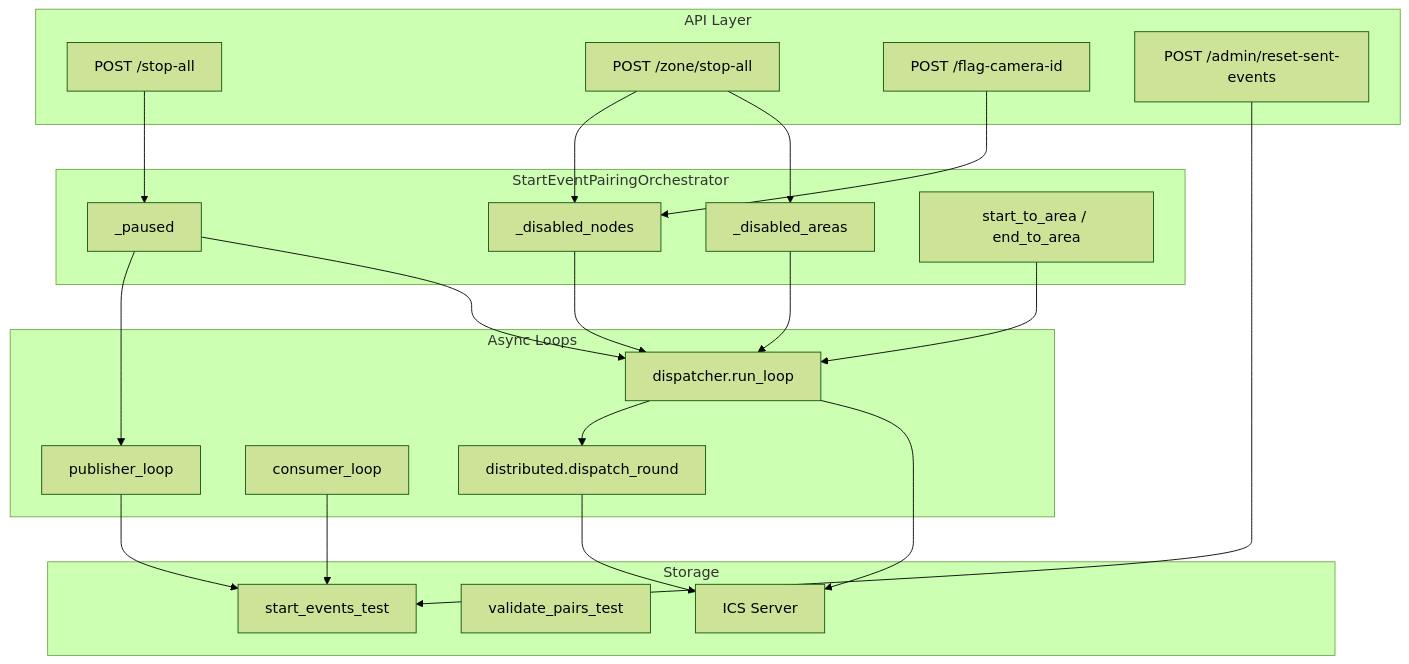
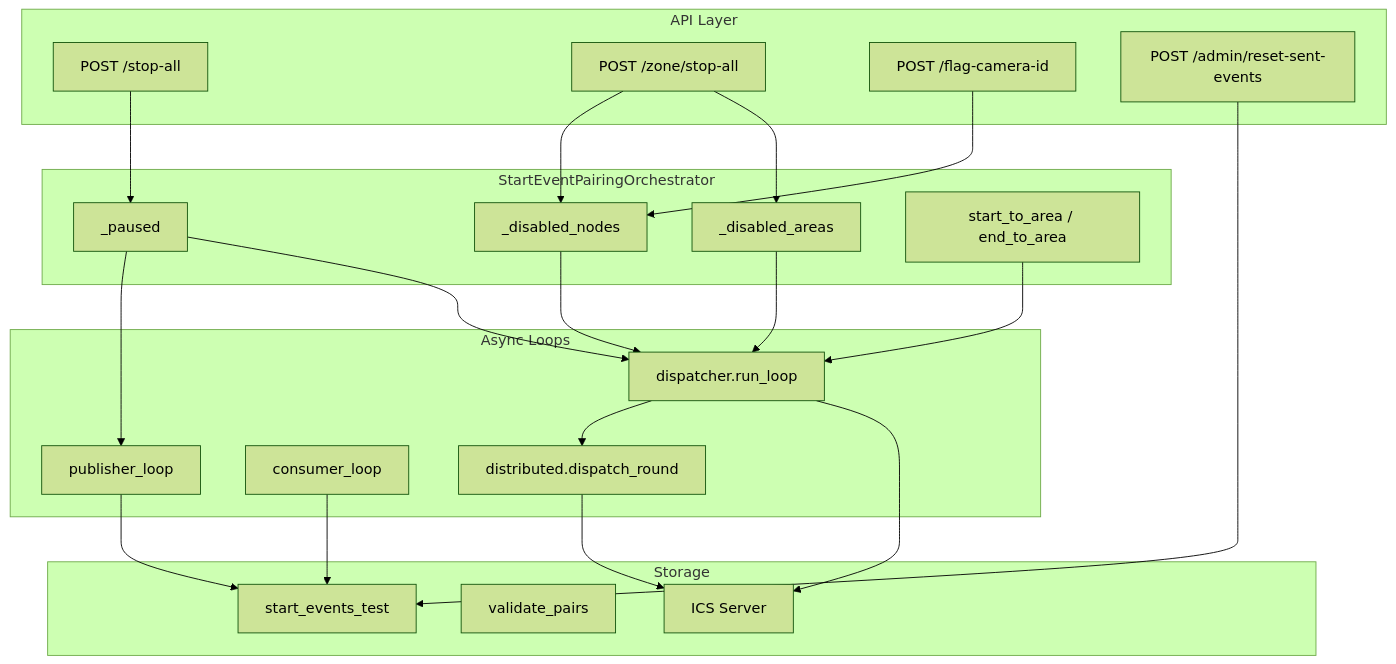
Before and after one commit to Khang259/Honda_Ha_Nam: the diagram in updates/24-05-review-workflow-dataflow-tong-hop.md, drawn with Mermaid (forest theme). The commit also changed 108 other files, not shown here.

````diff
--- a/updates/24-05-review-workflow-dataflow-tong-hop.md
+++ b/updates/24-05-review-workflow-dataflow-tong-hop.md
@@ -16,46 +16,46 @@
 ```mermaid
 flowchart TB
     subgraph api [API Layer]
         StopAll["POST /stop-all"]
         StopZone["POST /zone/stop-all"]
         FlagCam["POST /flag-camera-id"]
         ResetAdmin["POST /admin/reset-sent-events"]
     end
 
     subgraph orch [StartEventPairingOrchestrator]
         Paused["_paused"]
         DisNodes["_disabled_nodes"]
         DisAreas["_disabled_areas"]
         Maps["start_to_area / end_to_area"]
     end
 
     subgraph loops [Async Loops]
         Pub[publisher_loop]
         Con[consumer_loop]
         Disp[dispatcher.run_loop]
         Dist[distributed.dispatch_round]
     end
 
     subgraph storage [Storage]
         MongoSE[start_events_test]
-        MongoVP[validate_pairs_test]
+        MongoVP[validate_pairs]
         ICS[ICS Server]
     end
 
     StopAll --> Paused
     StopZone --> DisNodes
     StopZone --> DisAreas
     FlagCam --> DisNodes
     ResetAdmin --> MongoSE
 
     Pub --> MongoSE
     Con --> MongoSE
     Disp --> Dist
     Disp --> ICS
     Dist --> ICS
     Maps --> Disp
     DisNodes --> Disp
     DisAreas --> Disp
     Paused --> Pub
     Paused --> Disp
 ```
````
